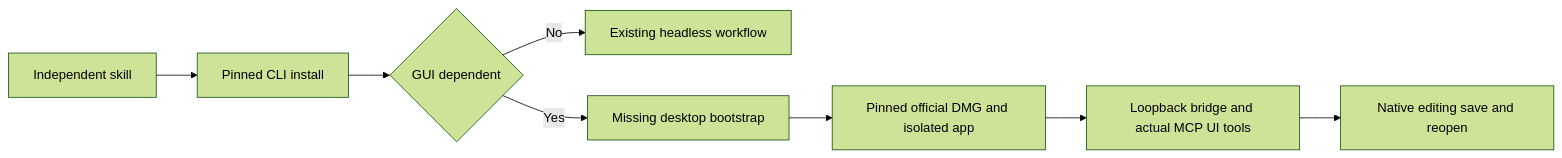
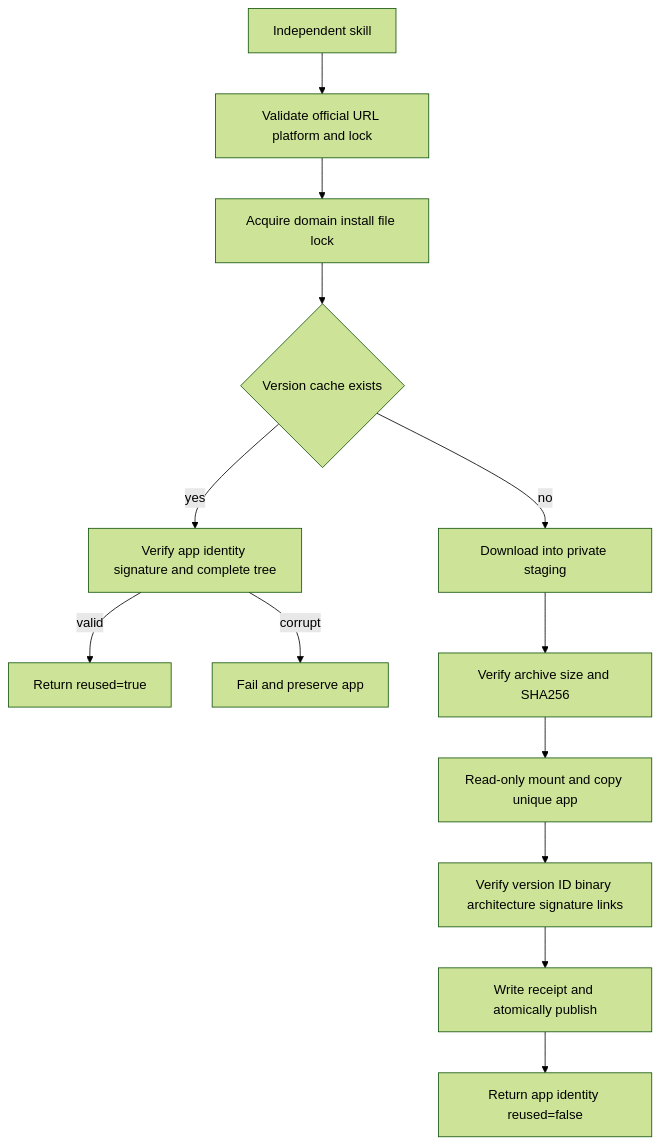
The diagram in docs/Craft-Desktop-First-Use-Architecture.md (full-aigc-plugins/artcraft-plugin), drawn with Mermaid (forest theme) before and after one commit. The commit also changed other lines of this file and 3 other files, not shown here.

````diff
--- a/docs/Craft-Desktop-First-Use-Architecture.md
+++ b/docs/Craft-Desktop-First-Use-Architecture.md
@@ -5,10 +17,15 @@
 ```mermaid
-flowchart LR
-    A[Independent skill] --> B[Pinned CLI install]
-    B --> C{GUI dependent}
-    C -->|No| D[Existing headless workflow]
-    C -->|Yes| E[Missing desktop bootstrap]
-    E --> F[Pinned official DMG and isolated app]
-    F --> G[Loopback bridge and actual MCP UI tools]
-    G --> H[Native editing save and reopen]
+flowchart TD
+    A[Independent skill] --> B[Validate official URL platform and lock]
+    B --> C[Acquire domain install file lock]
+    C --> D{Version cache exists}
+    D -->|yes| E[Verify app identity signature and complete tree]
+    E -->|valid| F[Return reused=true]
+    E -->|corrupt| G[Fail and preserve app]
+    D -->|no| H[Download into private staging]
+    H --> I[Verify archive size and SHA256]
+    I --> J[Read-only mount and copy unique app]
+    J --> K[Verify version ID binary architecture signature links]
+    K --> L[Write receipt and atomically publish]
+    L --> M[Return app identity reused=false]
 ```
````
